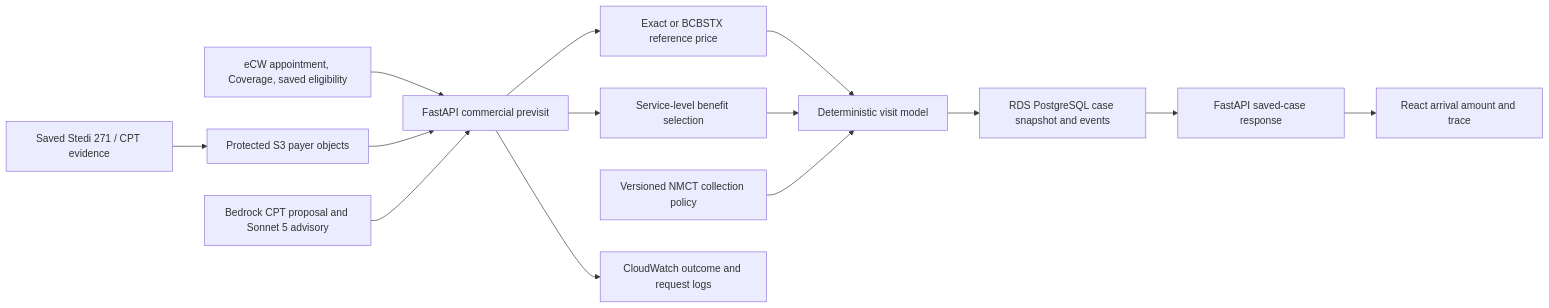
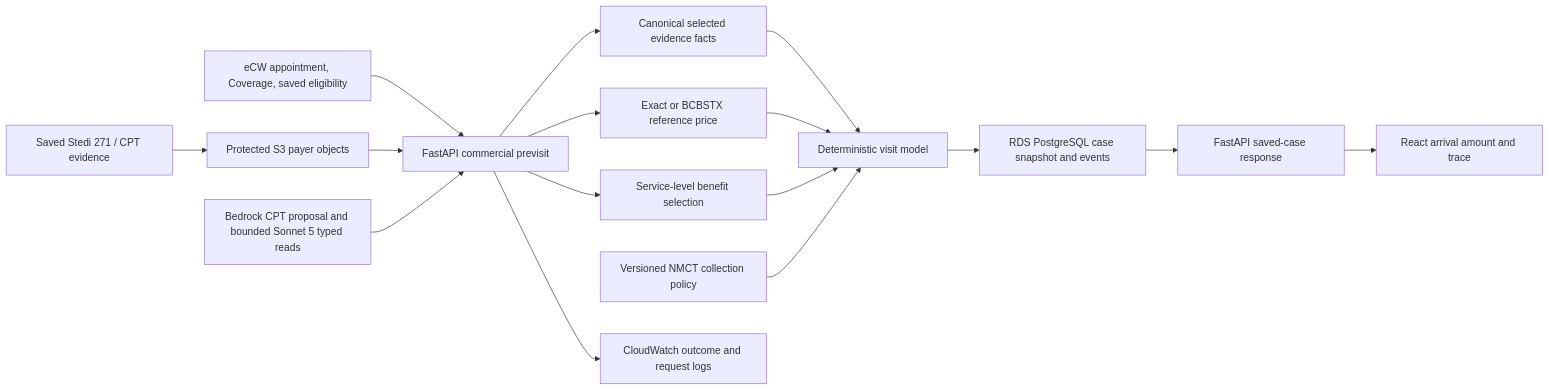
One commit to clinicforce-ai/clinicforce changed the diagram in docs/collection-engine/CURRENT_ARCHITECTURE.md. Above: the diagram before and after it, drawn with Mermaid. The commit also changed other lines of this file and 29 other files, not shown here.

Commit message:
Extend visit evidence, policy gating and benchmark replay support

````diff
--- a/docs/collection-engine/CURRENT_ARCHITECTURE.md
+++ b/docs/collection-engine/CURRENT_ARCHITECTURE.md
@@ -5,16 +5,18 @@
 ```mermaid
 flowchart LR
   eCW[eCW appointment, Coverage, saved eligibility] --> Route[FastAPI commercial previsit]
   Stedi[Saved Stedi 271 / CPT evidence] --> S3[Protected S3 payer objects]
   S3 --> Route
-  Bedrock[Bedrock CPT proposal and Sonnet 5 advisory] --> Route
+  Bedrock[Bedrock CPT proposal and bounded Sonnet 5 typed reads] --> Route
+  Route --> Facts[Canonical selected evidence facts]
+  Facts --> Visit
   Route --> Price[Exact or BCBSTX reference price]
   Route --> Benefits[Service-level benefit selection]
   Price --> Visit[Deterministic visit model]
   Benefits --> Visit
   Policy[Versioned NMCT collection policy] --> Visit
   Visit --> Case[RDS PostgreSQL case snapshot and events]
   Case --> API[FastAPI saved-case response]
   API --> UI[React arrival amount and trace]
   Route --> Logs[CloudWatch outcome and request logs]
 ```
````
